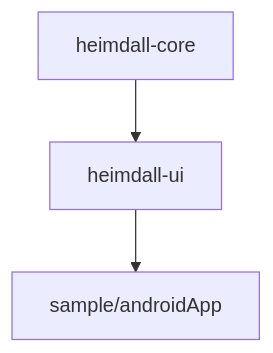
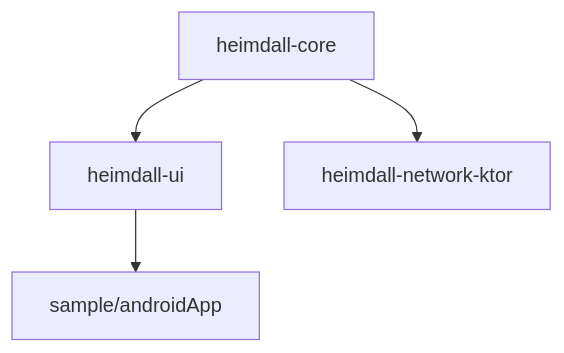
One commit to gouravhanumante/heimdall-kmp changed the diagram in docs/architecture.md. Above: the diagram before and after it, drawn with Mermaid. The commit also changed other lines of this file and 3 other files, not shown here.

````diff
--- a/docs/architecture.md
+++ b/docs/architecture.md
@@ -5,5 +5,6 @@
 ```mermaid
 graph TD
     core[heimdall-core] --> ui[heimdall-ui]
+    core --> networkKtor[heimdall-network-ktor]
     ui --> sampleAndroid[sample/androidApp]
 ```
````
